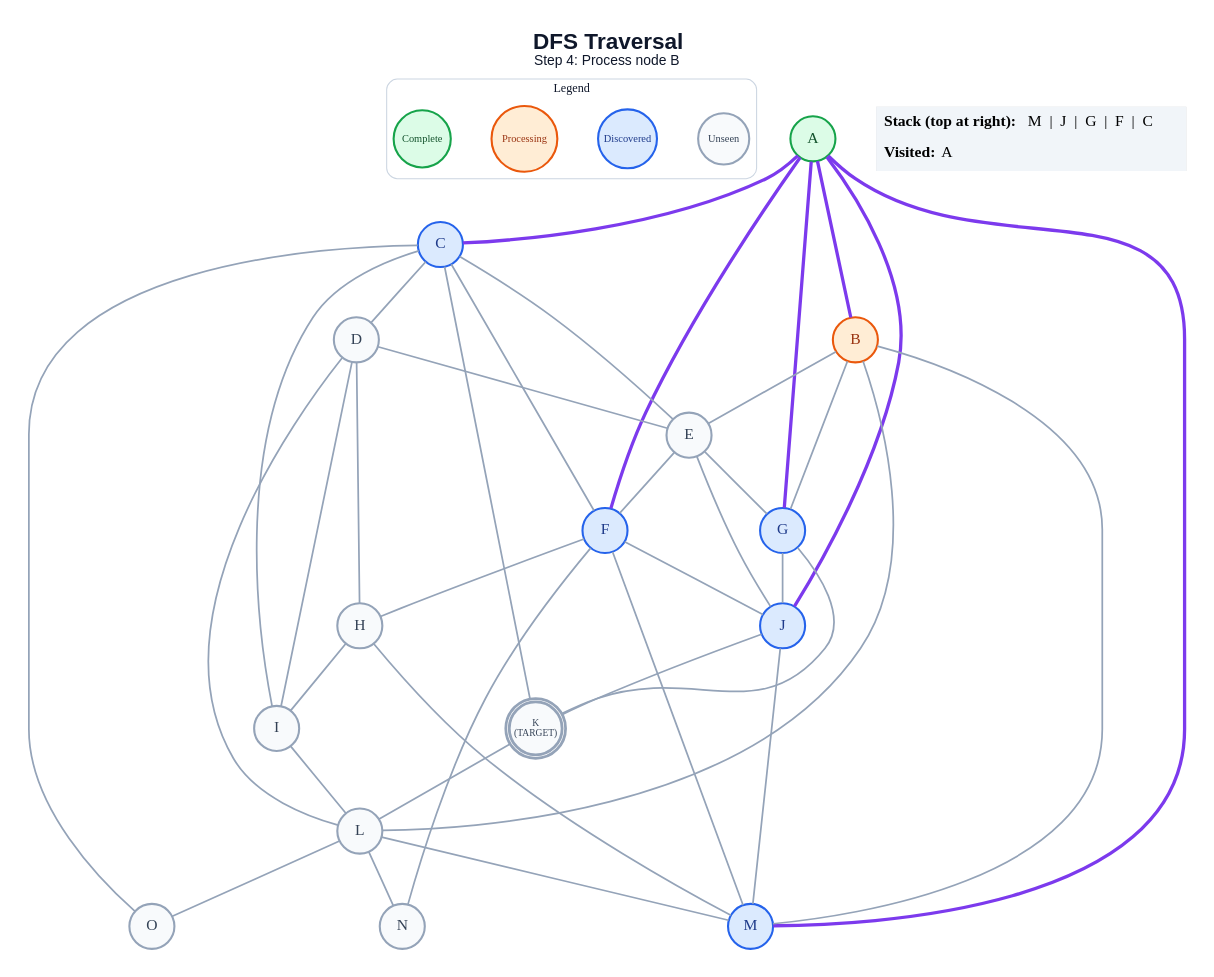
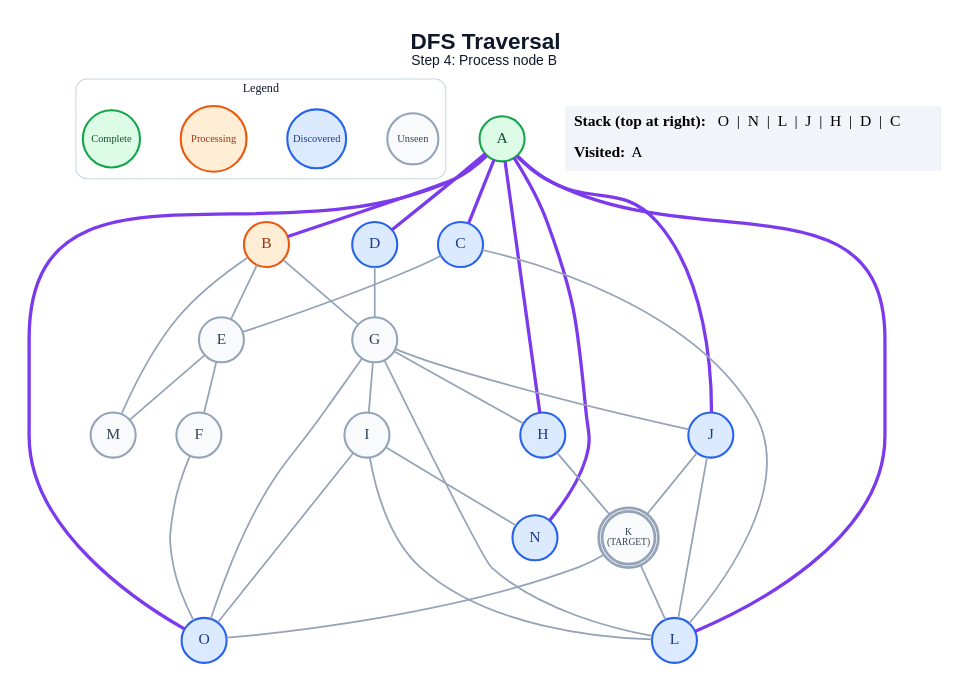
One commit to anon7238593-create/ai-slop changed the diagram in generated/short-circuit/dfs/step_04.dot. Above: the diagram before and after it, drawn with Graphviz. The commit also changed 288 other files, not shown here.

```diff
--- a/generated/short-circuit/dfs/step_04.dot
+++ b/generated/short-circuit/dfs/step_04.dot
@@ -1,72 +1,64 @@
 graph traversal {
   graph [layout=dot, rankdir=TB, bgcolor="#FFFFFF", pad="0.35", nodesep="0.65", ranksep="0.8", fontname="Arial"];
   node [shape=circle, style="filled", fontname="Arial Bold", fontsize=18, width=0.72, fixedsize=true, penwidth=2.4];
   edge [color="#94A3B8", penwidth=2.0];
   label=<<B>DFS Traversal</B><BR/><FONT POINT-SIZE="16">Step 4: Process node B</FONT>>; labelloc="t"; fontsize=26; fontname="Arial"; fontcolor="#0F172A";
   subgraph cluster_legend { label="Legend"; color="#CBD5E1"; penwidth=1.2; style="rounded"; fontsize=14; fontname="Arial Bold";
     key_unseen [label="Unseen", fillcolor="#F8FAFC", color="#94A3B8", fontcolor="#334155", fontsize=12, width=0.82];
     key_frontier [label="Discovered", fillcolor="#DBEAFE", color="#2563EB", fontcolor="#1E3A8A", fontsize=12, width=0.95];
     key_current [label="Processing", fillcolor="#FFEDD5", color="#EA580C", fontcolor="#9A3412", fontsize=12, width=1.05];
     key_done [label="Complete", fillcolor="#DCFCE7", color="#16A34A", fontcolor="#14532D", fontsize=12, width=0.92];
     { rank=same; key_unseen; key_frontier; key_current; key_done; }
   }
   A [label="A", fillcolor="#DCFCE7", color="#16A34A", fontcolor="#14532D", peripheries=1, penwidth=2.4];
   B [label="B", fillcolor="#FFEDD5", color="#EA580C", fontcolor="#9A3412", peripheries=1, penwidth=2.4];
   C [label="C", fillcolor="#DBEAFE", color="#2563EB", fontcolor="#1E3A8A", peripheries=1, penwidth=2.4];
-  D [label="D", fillcolor="#F8FAFC", color="#94A3B8", fontcolor="#334155", peripheries=1, penwidth=2.4];
+  D [label="D", fillcolor="#DBEAFE", color="#2563EB", fontcolor="#1E3A8A", peripheries=1, penwidth=2.4];
   E [label="E", fillcolor="#F8FAFC", color="#94A3B8", fontcolor="#334155", peripheries=1, penwidth=2.4];
-  F [label="F", fillcolor="#DBEAFE", color="#2563EB", fontcolor="#1E3A8A", peripheries=1, penwidth=2.4];
-  G [label="G", fillcolor="#DBEAFE", color="#2563EB", fontcolor="#1E3A8A", peripheries=1, penwidth=2.4];
-  H [label="H", fillcolor="#F8FAFC", color="#94A3B8", fontcolor="#334155", peripheries=1, penwidth=2.4];
+  F [label="F", fillcolor="#F8FAFC", color="#94A3B8", fontcolor="#334155", peripheries=1, penwidth=2.4];
+  G [label="G", fillcolor="#F8FAFC", color="#94A3B8", fontcolor="#334155", peripheries=1, penwidth=2.4];
+  H [label="H", fillcolor="#DBEAFE", color="#2563EB", fontcolor="#1E3A8A", peripheries=1, penwidth=2.4];
   I [label="I", fillcolor="#F8FAFC", color="#94A3B8", fontcolor="#334155", peripheries=1, penwidth=2.4];
   J [label="J", fillcolor="#DBEAFE", color="#2563EB", fontcolor="#1E3A8A", peripheries=1, penwidth=2.4];
   K [label="K\n(TARGET)", fillcolor="#F8FAFC", color="#94A3B8", fontcolor="#334155", peripheries=2, penwidth=3.2, fontsize=11, width=0.85, height=0.85];
-  L [label="L", fillcolor="#F8FAFC", color="#94A3B8", fontcolor="#334155", peripheries=1, penwidth=2.4];
-  M [label="M", fillcolor="#DBEAFE", color="#2563EB", fontcolor="#1E3A8A", peripheries=1, penwidth=2.4];
-  N [label="N", fillcolor="#F8FAFC", color="#94A3B8", fontcolor="#334155", peripheries=1, penwidth=2.4];
-  O [label="O", fillcolor="#F8FAFC", color="#94A3B8", fontcolor="#334155", peripheries=1, penwidth=2.4];
+  L [label="L", fillcolor="#DBEAFE", color="#2563EB", fontcolor="#1E3A8A", peripheries=1, penwidth=2.4];
+  M [label="M", fillcolor="#F8FAFC", color="#94A3B8", fontcolor="#334155", peripheries=1, penwidth=2.4];
+  N [label="N", fillcolor="#DBEAFE", color="#2563EB", fontcolor="#1E3A8A", peripheries=1, penwidth=2.4];
+  O [label="O", fillcolor="#DBEAFE", color="#2563EB", fontcolor="#1E3A8A", peripheries=1, penwidth=2.4];
   A -- B [color="#7C3AED", penwidth=3.8];
   A -- C [color="#7C3AED", penwidth=3.8];
-  A -- F [color="#7C3AED", penwidth=3.8];
-  A -- G [color="#7C3AED", penwidth=3.8];
+  A -- D [color="#7C3AED", penwidth=3.8];
+  A -- H [color="#7C3AED", penwidth=3.8];
   A -- J [color="#7C3AED", penwidth=3.8];
-  A -- M [color="#7C3AED", penwidth=3.8];
+  A -- L [color="#7C3AED", penwidth=3.8];
+  A -- N [color="#7C3AED", penwidth=3.8];
+  A -- O [color="#7C3AED", penwidth=3.8];
   B -- E;
   B -- G;
-  B -- L;
   B -- M;
-  C -- D;
   C -- E;
-  C -- F;
-  C -- I;
-  C -- K;
-  C -- O;
-  D -- E;
-  D -- H;
-  D -- I;
-  D -- L;
+  C -- L;
+  D -- G;
   E -- F;
-  E -- G;
-  E -- J;
-  F -- H;
-  F -- J;
-  F -- M;
-  F -- N;
+  E -- M;
+  F -- O;
+  G -- H;
+  G -- I;
   G -- J;
-  G -- K;
-  H -- I;
-  H -- M;
+  G -- L;
+  G -- O;
+  H -- K;
   I -- L;
+  I -- N;
+  I -- O;
   J -- K;
-  J -- M;
+  J -- L;
   K -- L;
-  L -- M;
-  L -- N;
-  L -- O;
+  K -- O;
   status [shape=plain, fixedsize=false, width=0, height=0, margin=0, label=<
     <TABLE BORDER="0" CELLBORDER="0" CELLPADDING="7" BGCOLOR="#F1F5F9">
-      <TR><TD ALIGN="LEFT"><B>Stack (top at right):</B> M  |  J  |  G  |  F  |  C</TD></TR>
+      <TR><TD ALIGN="LEFT"><B>Stack (top at right):</B> O  |  N  |  L  |  J  |  H  |  D  |  C</TD></TR>
       <TR><TD ALIGN="LEFT"><B>Visited:</B> A</TD></TR>
     </TABLE>
   >];
 }
```
